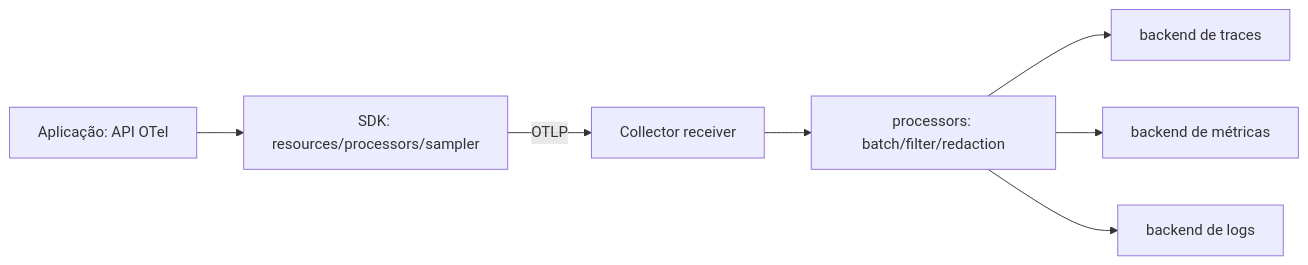
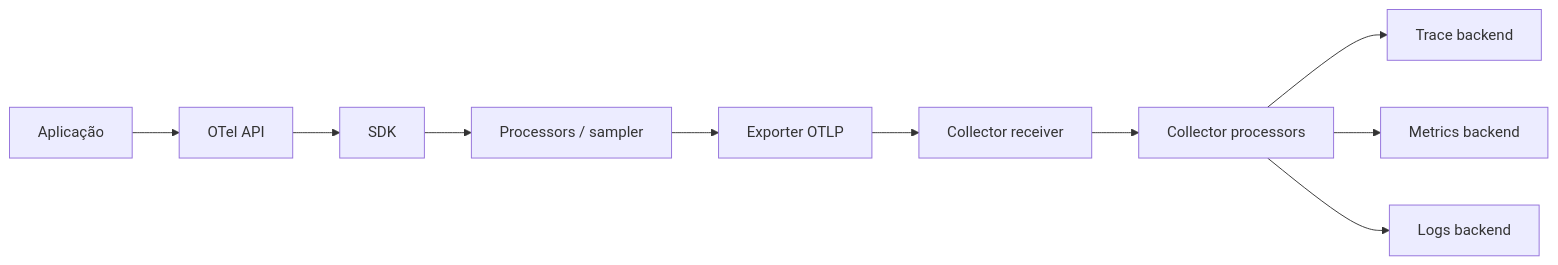
Before and after one commit to blasther12/alexandria: the first of 3 diagrams in observability/opentelemetry.md, drawn with Mermaid. The commit also changed other lines of this file, not shown here.

````diff
--- a/observability/opentelemetry.md
+++ b/observability/opentelemetry.md
@@ -7,9 +12,12 @@
 ```mermaid
 flowchart LR
-    A[Aplicação: API OTel] --> S[SDK: resources/processors/sampler]
-    S -->|OTLP| C[Collector receiver]
-    C --> P[processors: batch/filter/redaction]
-    P --> E1[backend de traces]
-    P --> E2[backend de métricas]
-    P --> E3[backend de logs]
+    APP[Aplicação] --> API[OTel API]
+    API --> SDK[SDK]
+    SDK --> PROC[Processors / sampler]
+    PROC --> EXP[Exporter OTLP]
+    EXP --> REC[Collector receiver]
+    REC --> CP[Collector processors]
+    CP --> E1[Trace backend]
+    CP --> E2[Metrics backend]
+    CP --> E3[Logs backend]
 ```
````
